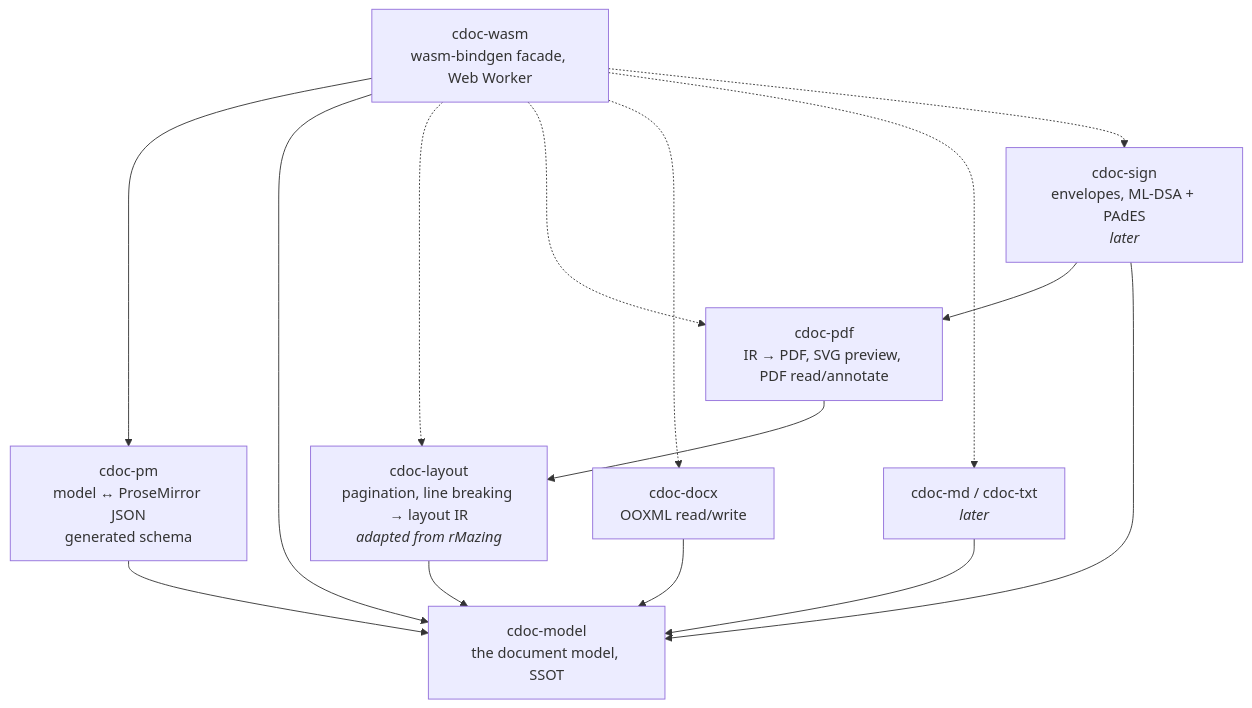
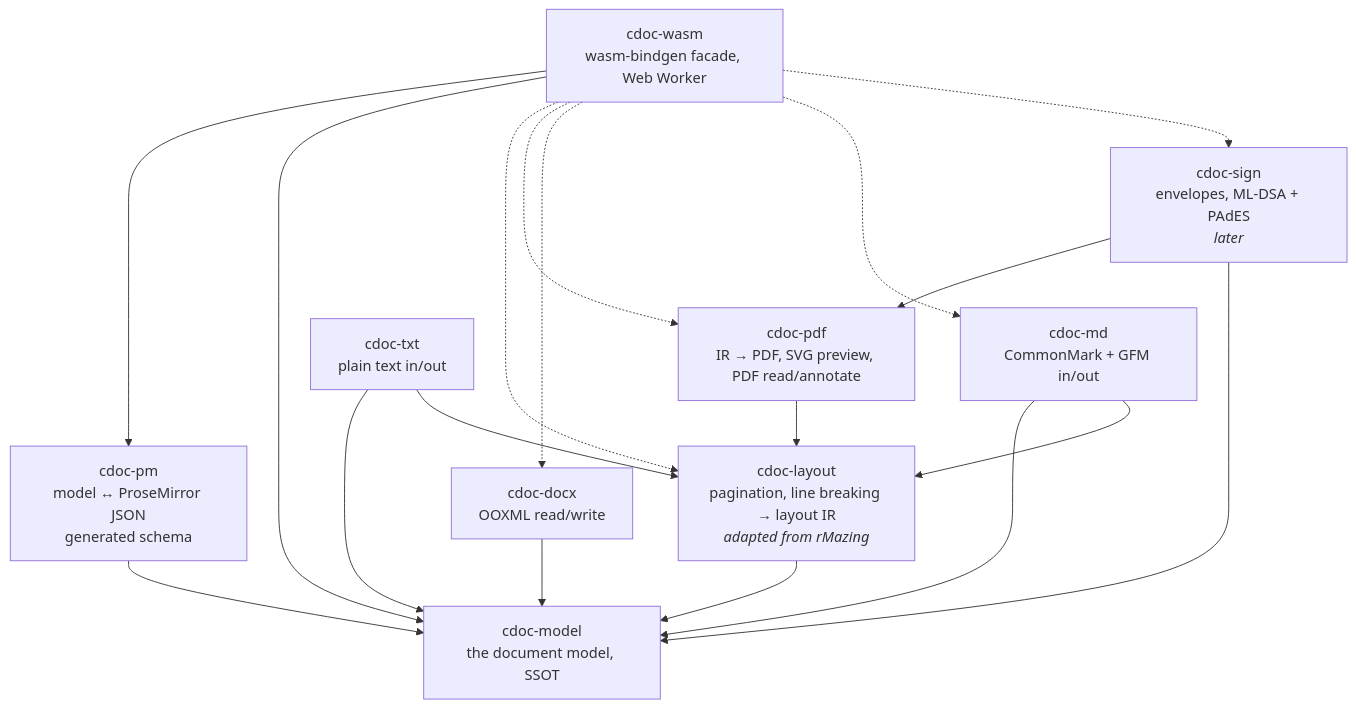
One commit to Avarok-Cybersecurity/citadel-docs changed the diagram in ARCHITECTURE.md. Above: the diagram before and after it, drawn with Mermaid. The commit also changed other lines of this file and 40 other files, not shown here.

First line of the commit message:
cdoc-md, cdoc-txt: CommonMark/GFM and plain text, in and out

````diff
--- a/ARCHITECTURE.md
+++ b/ARCHITECTURE.md
@@ -12,26 +12,30 @@
 ```mermaid
 graph TD
     model[cdoc-model<br/>the document model, SSOT]
     pm[cdoc-pm<br/>model ↔ ProseMirror JSON<br/>generated schema]
     layout[cdoc-layout<br/>pagination, line breaking → layout IR<br/><i>adapted from rMazing</i>]
     pdf[cdoc-pdf<br/>IR → PDF, SVG preview, PDF read/annotate]
     docx[cdoc-docx<br/>OOXML read/write]
-    md[cdoc-md / cdoc-txt<br/><i>later</i>]
+    md[cdoc-md<br/>CommonMark + GFM in/out]
+    txt[cdoc-txt<br/>plain text in/out]
     sign[cdoc-sign<br/>envelopes, ML-DSA + PAdES<br/><i>later</i>]
     wasm[cdoc-wasm<br/>wasm-bindgen facade, Web Worker]
 
     pm --> model
     layout --> model
     docx --> model
     md --> model
+    md --> layout
+    txt --> model
+    txt --> layout
     pdf --> layout
     sign --> pdf
     sign --> model
     wasm --> pm
     wasm --> model
     wasm -.-> layout
     wasm -.-> pdf
     wasm -.-> docx
     wasm -.-> md
     wasm -.-> sign
 ```
````
